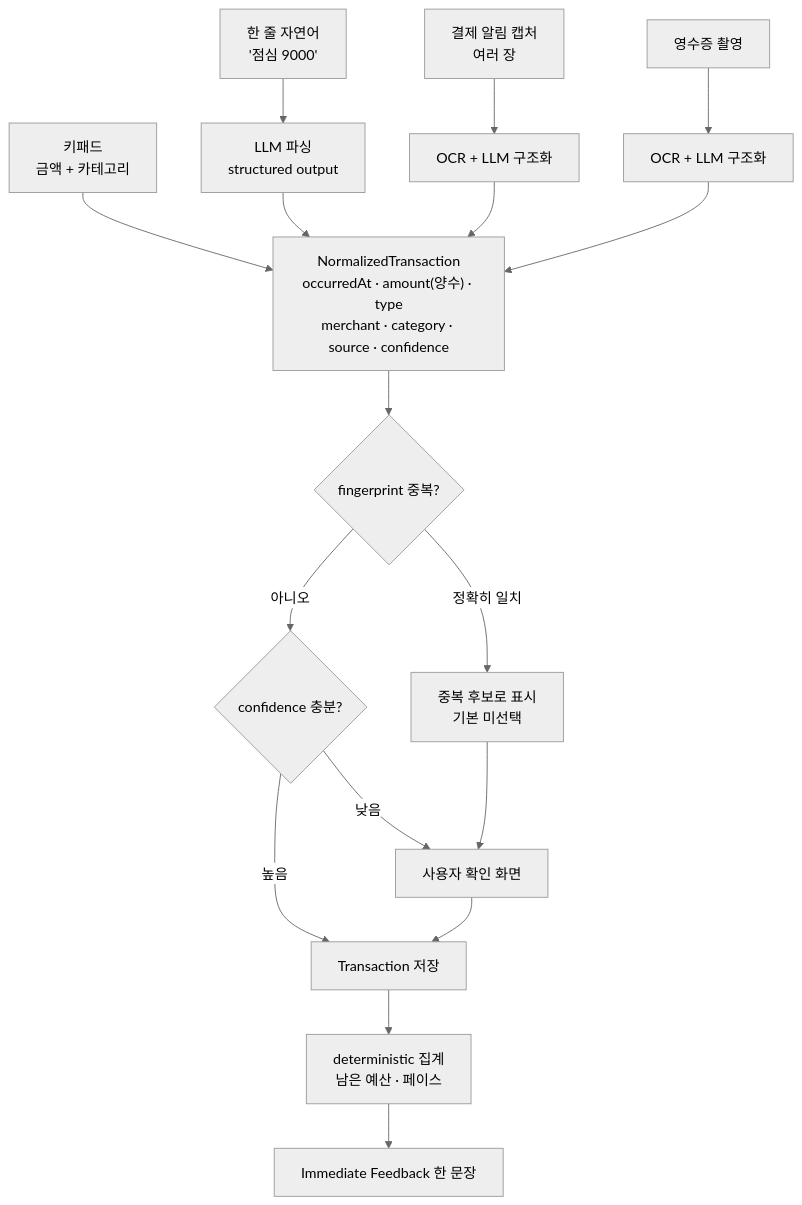
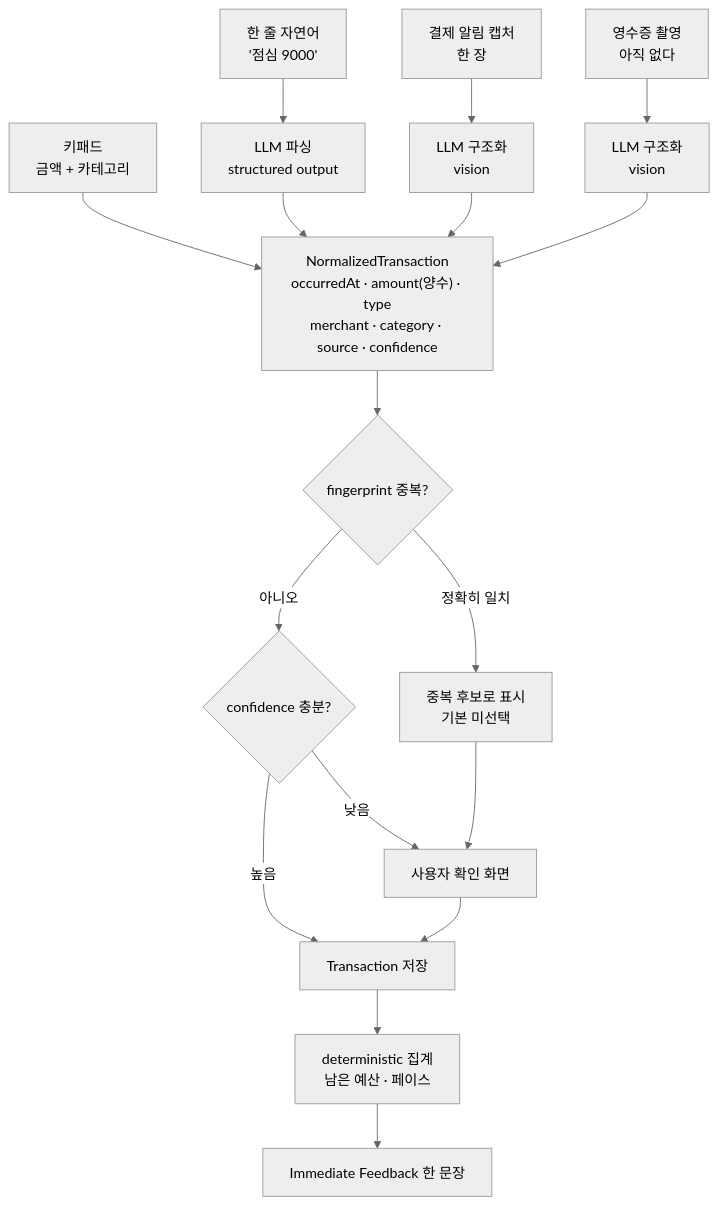
One commit to 96Hong2/pocket changed the second of 2 diagrams in docs/ARCHITECTURE.md. Above: the diagram before and after it, drawn with Mermaid (neutral theme). The commit also changed other lines of this file and 43 other files, not shown here.

````diff
--- a/docs/ARCHITECTURE.md
+++ b/docs/ARCHITECTURE.md
@@ -87,19 +96,19 @@
 ```mermaid
 flowchart TD
   K["키패드<br/>금액 + 카테고리"] --> N
   NL["한 줄 자연어<br/>'점심 9000'"] --> P1["LLM 파싱<br/>structured output"] --> N
-  SS["결제 알림 캡처<br/>여러 장"] --> P2["OCR + LLM 구조화"] --> N
-  RC["영수증 촬영"] --> P3["OCR + LLM 구조화"] --> N
+  SS["결제 알림 캡처<br/>한 장"] --> P2["LLM 구조화<br/>vision"] --> N
+  RC["영수증 촬영<br/>아직 없다"] --> P3["LLM 구조화<br/>vision"] --> N
 
   N["NormalizedTransaction<br/>occurredAt · amount(양수) · type<br/>merchant · category · source · confidence"]
 
   N --> DUP{"fingerprint 중복?"}
   DUP -->|"정확히 일치"| CAND["중복 후보로 표시<br/>기본 미선택"]
   DUP -->|"아니오"| CONF{"confidence 충분?"}
   CONF -->|"낮음"| REVIEW["사용자 확인 화면"]
   CONF -->|"높음"| SAVE
   CAND --> REVIEW
   REVIEW --> SAVE["Transaction 저장"]
   SAVE --> AGG["deterministic 집계<br/>남은 예산 · 페이스"]
   AGG --> FB["Immediate Feedback 한 문장"]
 ```
````
